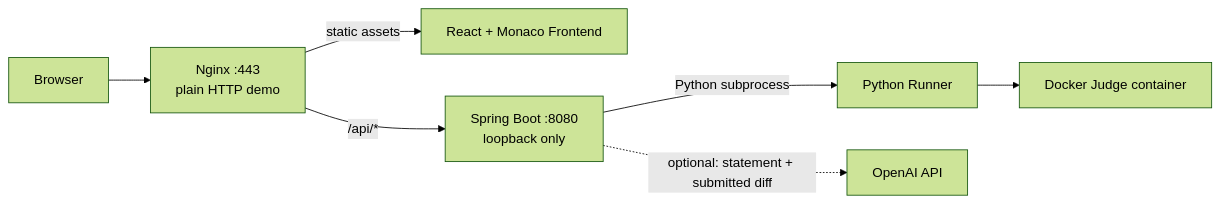
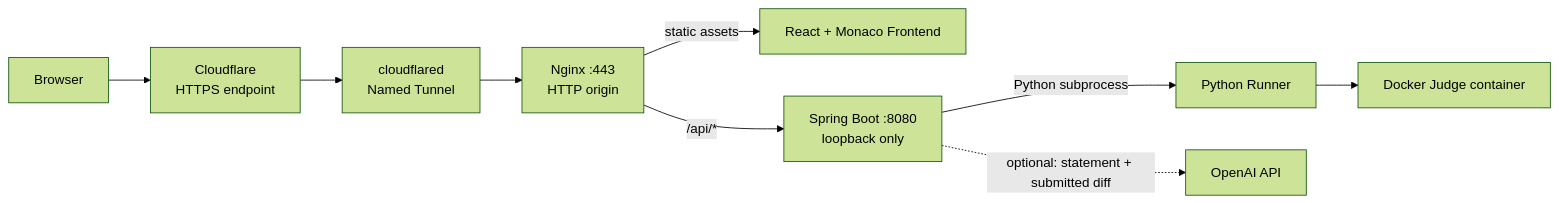
Before and after one commit to gumasaje/coditto: the second of 2 diagrams in README.md, drawn with Mermaid (forest theme). The commit also changed other lines of this file and 2 other files, not shown here.

Commit message:
docs: 고정 HTTPS 제출 URL과 Named Tunnel 운영 문서화 (#101)

````diff
--- a/README.md
+++ b/README.md
@@ -64,9 +66,11 @@
 ```mermaid
 flowchart LR
-    U[Browser] --> N[Nginx :443<br/>plain HTTP demo]
+    U[Browser] --> C[Cloudflare<br/>HTTPS endpoint]
+    C --> T[cloudflared<br/>Named Tunnel]
+    T --> N[Nginx :443<br/>HTTP origin]
     N -->|static assets| F[React + Monaco Frontend]
     N -->|/api/*| B[Spring Boot :8080<br/>loopback only]
     B -->|Python subprocess| R[Python Runner]
     R --> D[Docker Judge container]
     B -.->|optional: statement + submitted diff| O[OpenAI API]
 ```
````
